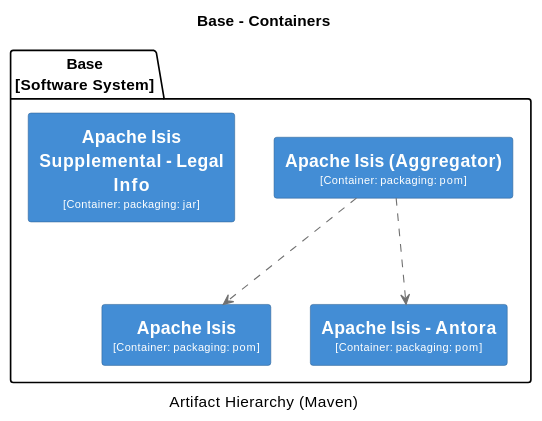
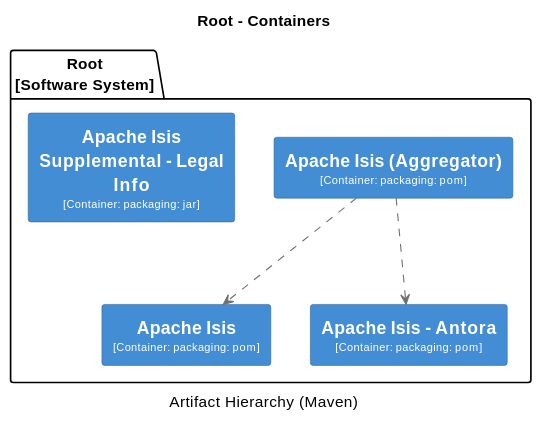
Before and after one commit to apache/causeway: the fifth of 37 diagrams in antora/components/system/modules/generated/pages/system-overview.adoc, drawn with PlantUML. The commit also changed other lines of this file and 10 other files, not shown here.

```diff
--- a/antora/components/system/modules/generated/pages/system-overview.adoc
+++ b/antora/components/system/modules/generated/pages/system-overview.adoc
@@ -8,44 +857,44 @@
-[plantuml,Base,svg]
+[plantuml,Root,svg]
 ----
-@startuml(id=Base)
-title Base - Containers
+@startuml(id=Root)
+title Root - Containers
 caption Artifact Hierarchy (Maven)
 
 skinparam {
   shadowing false
   arrowFontSize 10
   defaultTextAlignment center
   wrapWidth 200
   maxMessageSize 100
 }
 hide stereotype
 skinparam rectangle<<2>> {
   BackgroundColor #438dd5
   FontColor #fffffe
   BorderColor #2E6295
 }
 skinparam rectangle<<3>> {
   BackgroundColor #438dd5
   FontColor #fffffe
   BorderColor #2E6295
 }
 skinparam rectangle<<4>> {
   BackgroundColor #438dd5
   FontColor #fffffe
   BorderColor #2E6295
 }
 skinparam rectangle<<5>> {
   BackgroundColor #438dd5
   FontColor #fffffe
   BorderColor #2E6295
 }
-package "Base\n[Software System]" {
+package "Root\n[Software System]" {
   rectangle "==Apache Isis\n<size:10>[Container: packaging: pom]</size>" <<4>> as 4
   rectangle "==Apache Isis (Aggregator)\n<size:10>[Container: packaging: pom]</size>" <<2>> as 2
   rectangle "==Apache Isis - Antora\n<size:10>[Container: packaging: pom]</size>" <<3>> as 3
   rectangle "==Apache Isis Supplemental - Legal Info\n<size:10>[Container: packaging: jar]</size>" <<5>> as 5
 }
 2 .[#707070].> 4 : ""
 2 .[#707070].> 3 : ""
 @enduml
 ----
```
